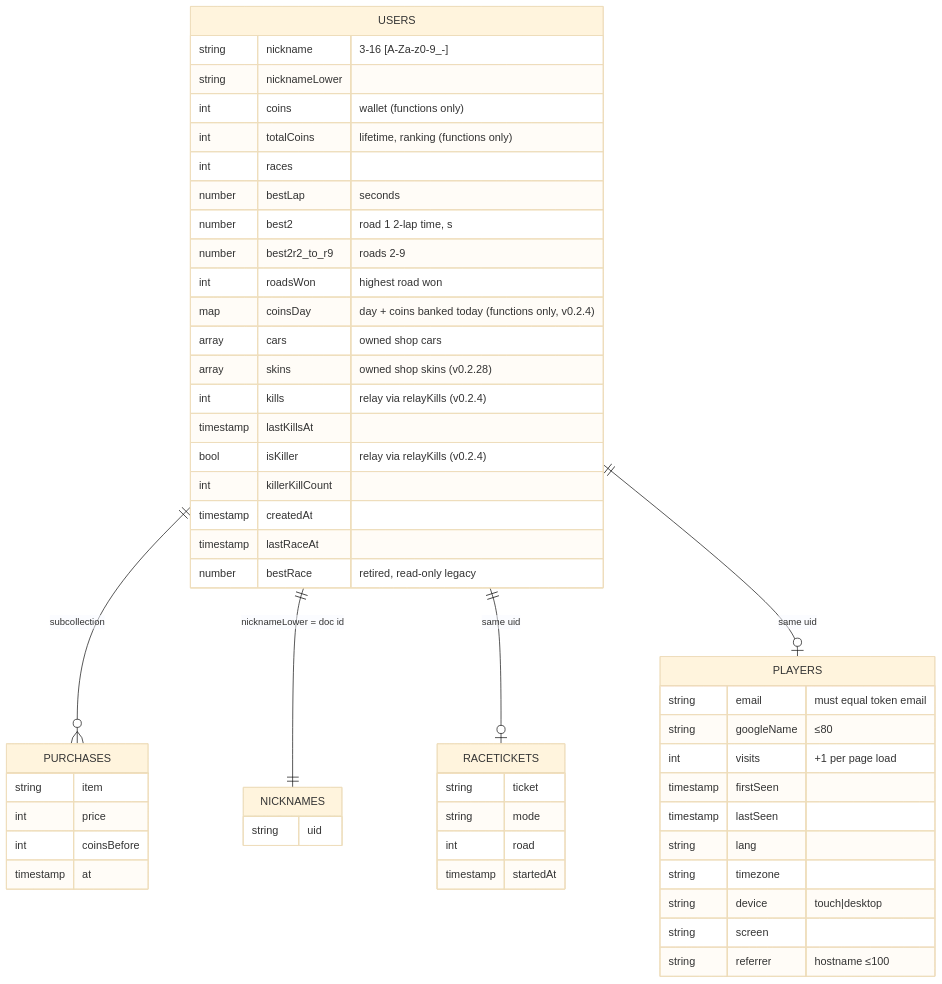
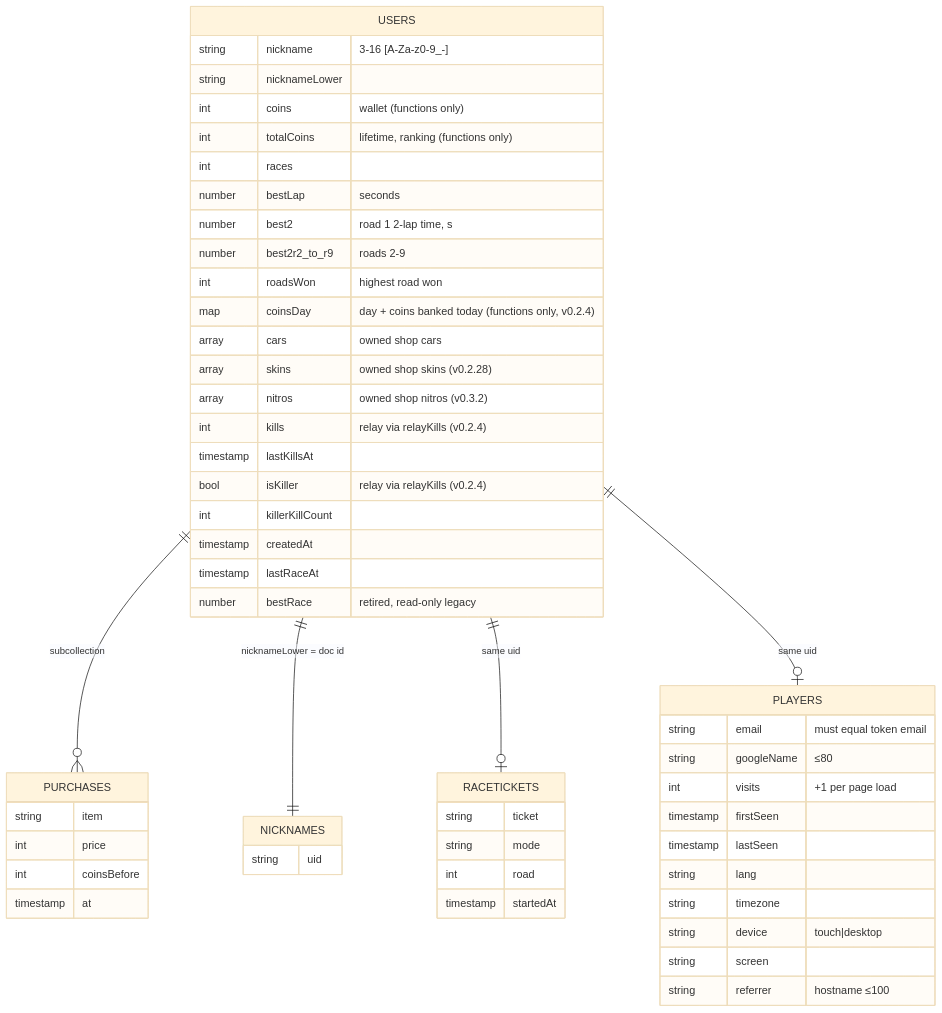
Before and after one commit to kalk1t/neon_c: the diagram in techplan/05-data.md, drawn with Mermaid (base theme). The commit also changed other lines of this file and 7 other files, not shown here.

````diff
--- a/techplan/05-data.md
+++ b/techplan/05-data.md
@@ -7,43 +7,44 @@
 ```mermaid
 erDiagram
   USERS ||--o{ PURCHASES : "subcollection"
   USERS ||--|| NICKNAMES : "nicknameLower = doc id"
   USERS ||--o| RACETICKETS : "same uid"
   USERS ||--o| PLAYERS : "same uid"
   USERS {
     string nickname "3-16 [A-Za-z0-9_-]"
     string nicknameLower
     int coins "wallet (functions only)"
     int totalCoins "lifetime, ranking (functions only)"
     int races
     number bestLap "seconds"
     number best2 "road 1 2-lap time, s"
     number best2r2_to_r9 "roads 2-9"
     int roadsWon "highest road won"
     map coinsDay "day + coins banked today (functions only, v0.2.4)"
     array cars "owned shop cars"
     array skins "owned shop skins (v0.2.28)"
+    array nitros "owned shop nitros (v0.3.2)"
     int kills "relay via relayKills (v0.2.4)"
     timestamp lastKillsAt
     bool isKiller "relay via relayKills (v0.2.4)"
     int killerKillCount
     timestamp createdAt
     timestamp lastRaceAt
     number bestRace "retired, read-only legacy"
   }
   NICKNAMES { string uid }
   PURCHASES { string item  int price  int coinsBefore  timestamp at }
   RACETICKETS { string ticket  string mode  int road  timestamp startedAt }
   PLAYERS {
     string email "must equal token email"
     string googleName "≤80"
     int visits "+1 per page load"
     timestamp firstSeen
     timestamp lastSeen
     string lang
     string timezone
     string device "touch|desktop"
     string screen
     string referrer "hostname ≤100"
   }
 ```
````
